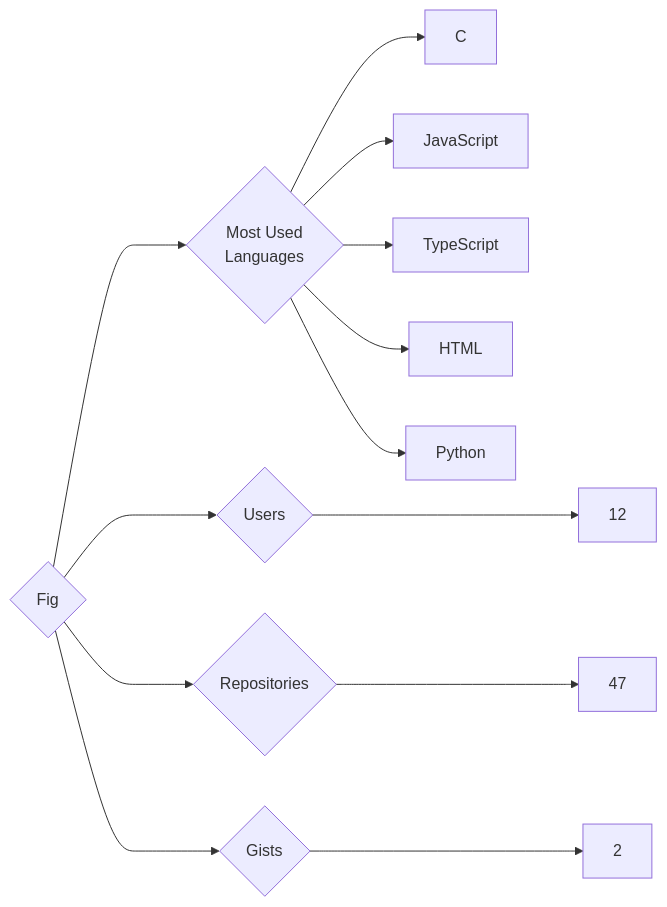
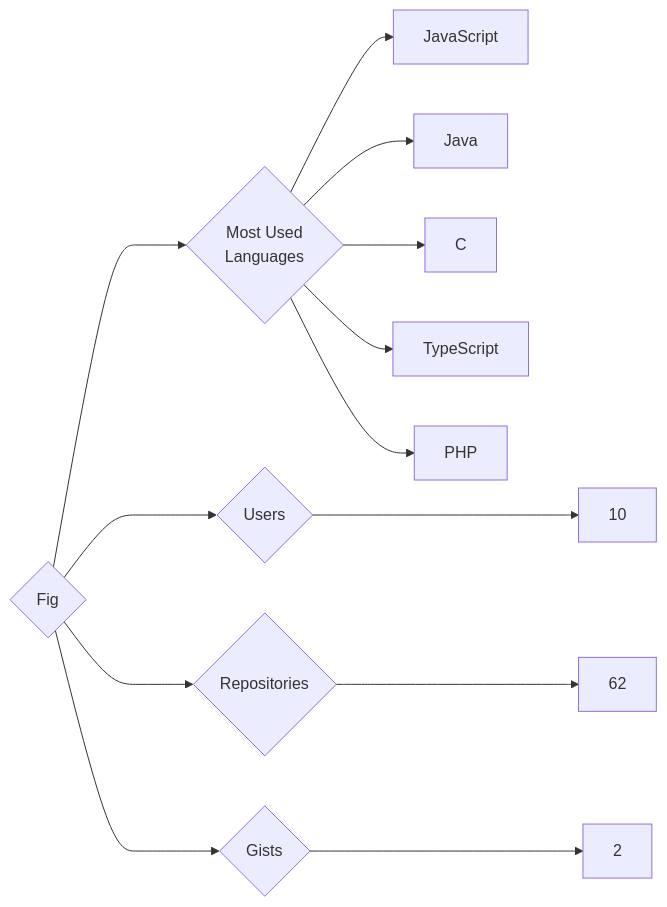
Before and after one commit to trickest/insiders: the diagram in targets/Fig/README.md, drawn with Mermaid. The commit also changed 837 other files, not shown here.

````diff
--- a/targets/Fig/README.md
+++ b/targets/Fig/README.md
@@ -3,13 +3,13 @@
 ```mermaid
 graph LR
 COMPANY_NAME{Fig}
-COMPANY_NAME ---> U{Users} ---> UN[12]
-COMPANY_NAME ---> R{Repositories} ---> RN[47]
+COMPANY_NAME ---> U{Users} ---> UN[10]
+COMPANY_NAME ---> R{Repositories} ---> RN[62]
 COMPANY_NAME ---> G{Gists} ---> GN[2]
 COMPANY_NAME ---> ML{Most Used<br>Languages}
+ML --> JavaScript[JavaScript]
+ML --> Java[Java]
 ML --> C[C]
-ML --> JavaScript[JavaScript]
 ML --> TypeScript[TypeScript]
-ML --> HTML[HTML]
-ML --> Python[Python]
+ML --> PHP[PHP]
 ```
````
